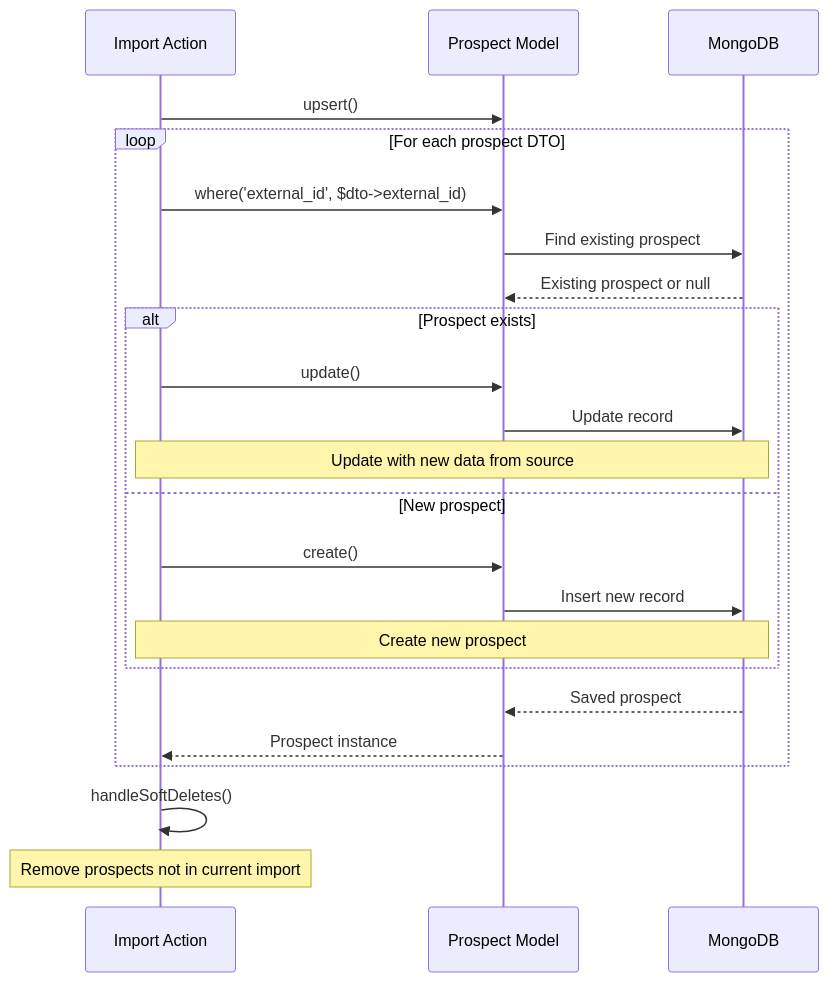
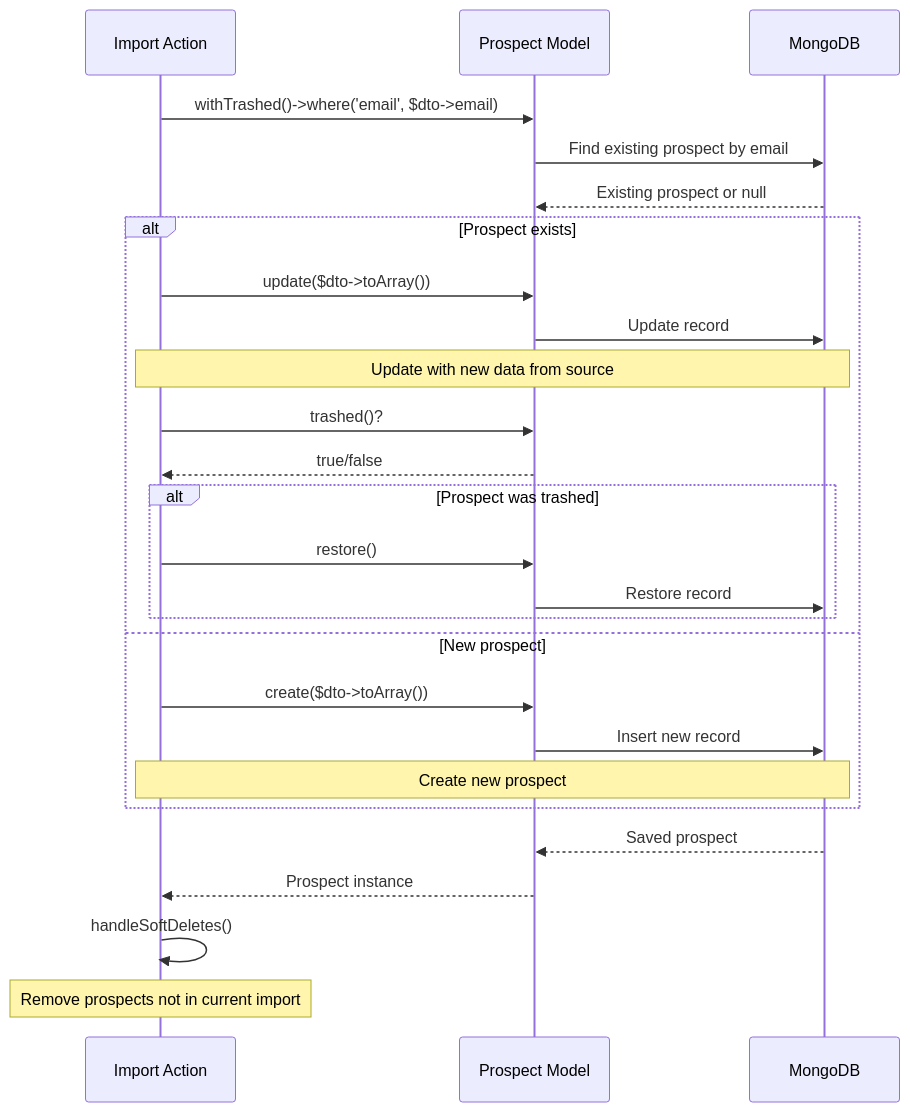
The sixth of 9 diagrams in docs/src/Prospects.md (chrisoco/APDE_BE), drawn with Mermaid before and after one commit. The commit also changed other lines of this file and 7 other files, not shown here.

````diff
--- a/docs/src/Prospects.md
+++ b/docs/src/Prospects.md
@@ -242,30 +286,34 @@
 ```mermaid
 sequenceDiagram
     participant Import as Import Action
     participant Model as Prospect Model
     participant DB as MongoDB
 
-    Import->>Model: upsert()
+    Import->>Model: withTrashed()->where('email', $dto->email)
+    Model->>DB: Find existing prospect by email
+    DB-->>Model: Existing prospect or null
     
-    loop For each prospect DTO
-        Import->>Model: where('external_id', $dto->external_id)
-        Model->>DB: Find existing prospect
-        DB-->>Model: Existing prospect or null
+    alt Prospect exists
+        Import->>Model: update($dto->toArray())
+        Model->>DB: Update record
+        Note over Import,DB: Update with new data from source
         
-        alt Prospect exists
-            Import->>Model: update()
-            Model->>DB: Update record
-            Note over Import,DB: Update with new data from source
-        else New prospect
-            Import->>Model: create()
-            Model->>DB: Insert new record
-            Note over Import,DB: Create new prospect
+        Import->>Model: trashed()?
+        Model-->>Import: true/false
+        
+        alt Prospect was trashed
+            Import->>Model: restore()
+            Model->>DB: Restore record
         end
-        
-        DB-->>Model: Saved prospect
-        Model-->>Import: Prospect instance
+    else New prospect
+        Import->>Model: create($dto->toArray())
+        Model->>DB: Insert new record
+        Note over Import,DB: Create new prospect
     end
+    
+    DB-->>Model: Saved prospect
+    Model-->>Import: Prospect instance
     
     Import->>Import: handleSoftDeletes()
     Note over Import: Remove prospects not in current import
 ```
````
